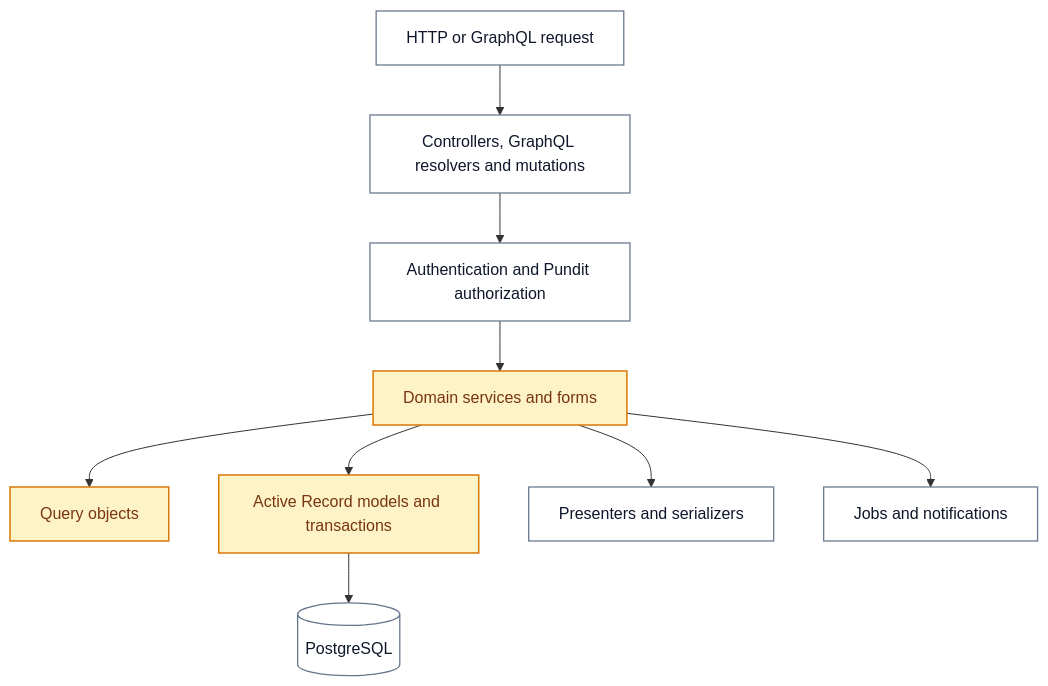
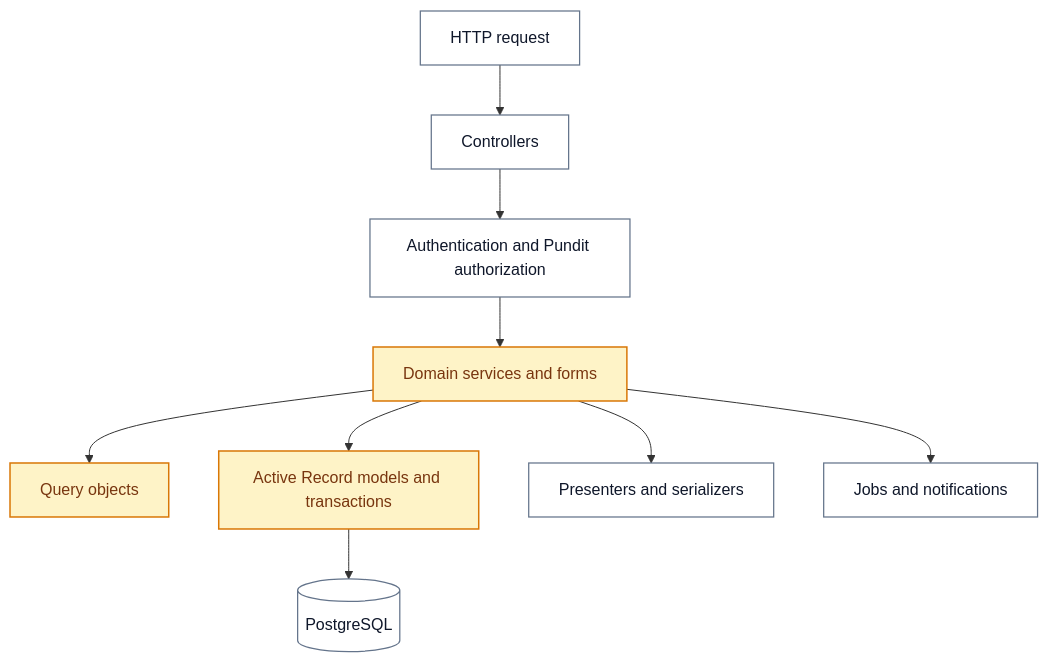
One commit to ayojan/marketplace changed the second of 2 diagrams in backend/docs/ARCHITECTURE.md. Above: the diagram before and after it, drawn with Mermaid. The commit also changed other lines of this file and 72 other files, not shown here.

Commit message:
Remove graphql (#41)

````diff
--- a/backend/docs/ARCHITECTURE.md
+++ b/backend/docs/ARCHITECTURE.md
@@ -46,13 +43,13 @@
 ```mermaid
 flowchart TD
     classDef layer fill:#ffffff,stroke:#64748b,stroke-width:1.25px,color:#0f172a;
     classDef core fill:#fef3c7,stroke:#d97706,stroke-width:1.5px,color:#78350f;
-    Request[HTTP or GraphQL request]:::layer --> Interface[Controllers, GraphQL resolvers and mutations]:::layer
+    Request[HTTP request]:::layer --> Interface[Controllers]:::layer
     Interface --> Guard[Authentication and Pundit authorization]:::layer
     Guard --> UseCases[Domain services and forms]:::core
     UseCases --> Read[Query objects]:::core
     UseCases --> Write[Active Record models and transactions]:::core
     UseCases --> Present[Presenters and serializers]:::layer
     Write --> Database[(PostgreSQL)]:::layer
     UseCases --> Async[Jobs and notifications]:::layer
 ```
````
